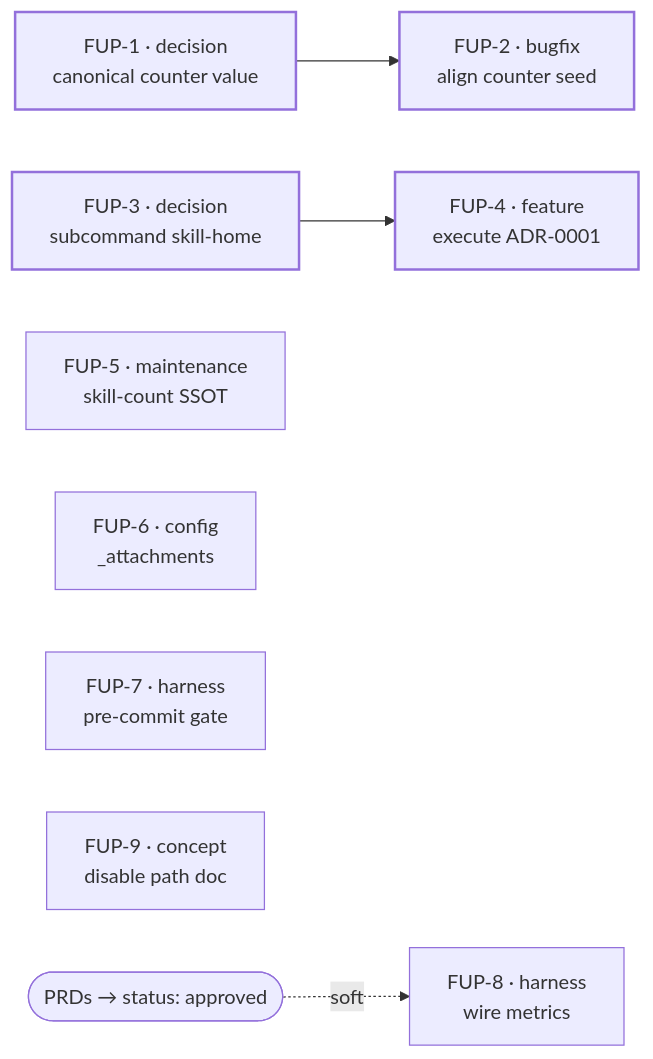
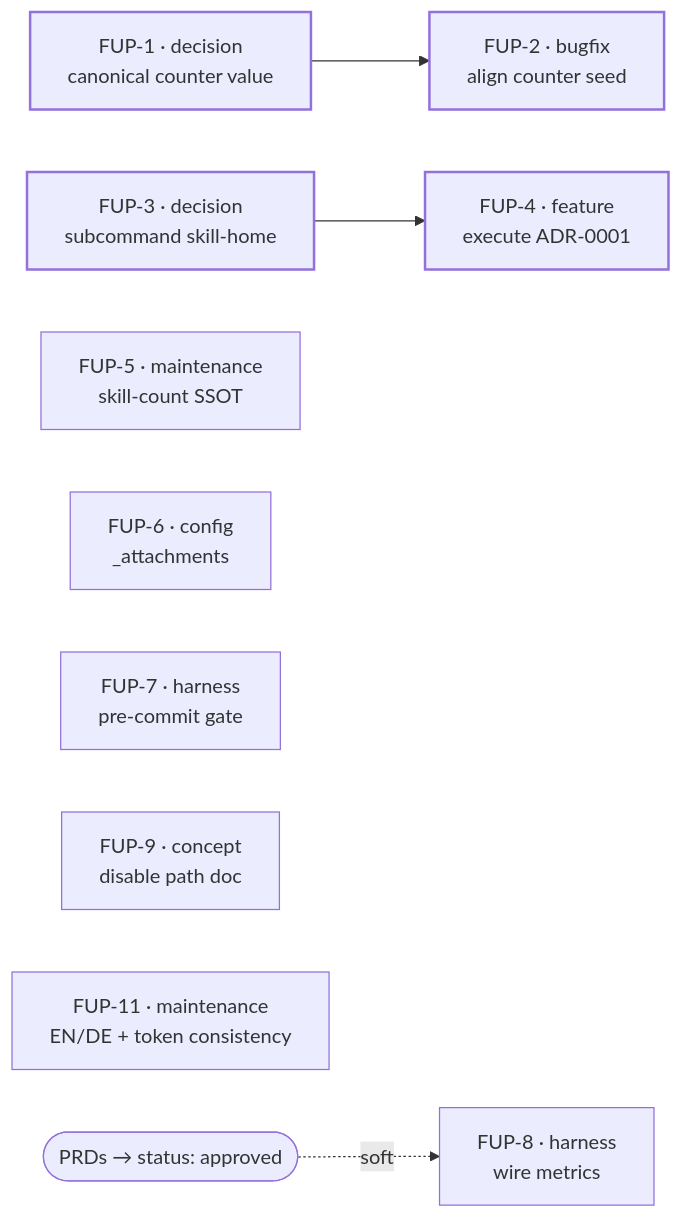
The diagram in docs/tasks/dragonscale-agentic-wiki-followups.md (philippsied/agent-based-knowledge-management), drawn with Mermaid before and after one commit. The commit also changed other lines of this file and 2 other files, not shown here.

````diff
--- a/docs/tasks/dragonscale-agentic-wiki-followups.md
+++ b/docs/tasks/dragonscale-agentic-wiki-followups.md
@@ -47,14 +49,15 @@
 ```mermaid
 graph LR
   FUP1["FUP-1 · decision<br/>canonical counter value"] --> FUP2["FUP-2 · bugfix<br/>align counter seed"]
   FUP3["FUP-3 · decision<br/>subcommand skill-home"] --> FUP4["FUP-4 · feature<br/>execute ADR-0001"]
   FUP5["FUP-5 · maintenance<br/>skill-count SSOT"]
   FUP6["FUP-6 · config<br/>_attachments"]
   FUP7["FUP-7 · harness<br/>pre-commit gate"]
   FUP8["FUP-8 · harness<br/>wire metrics"]
   FUP9["FUP-9 · concept<br/>disable path doc"]
+  FUP11["FUP-11 · maintenance<br/>EN/DE + token consistency"]
   PRD(["PRDs → status: approved"]) -.soft.-> FUP8
 
   classDef p1 stroke-width:2px;
   class FUP1,FUP2,FUP3,FUP4 p1;
 ```
````
